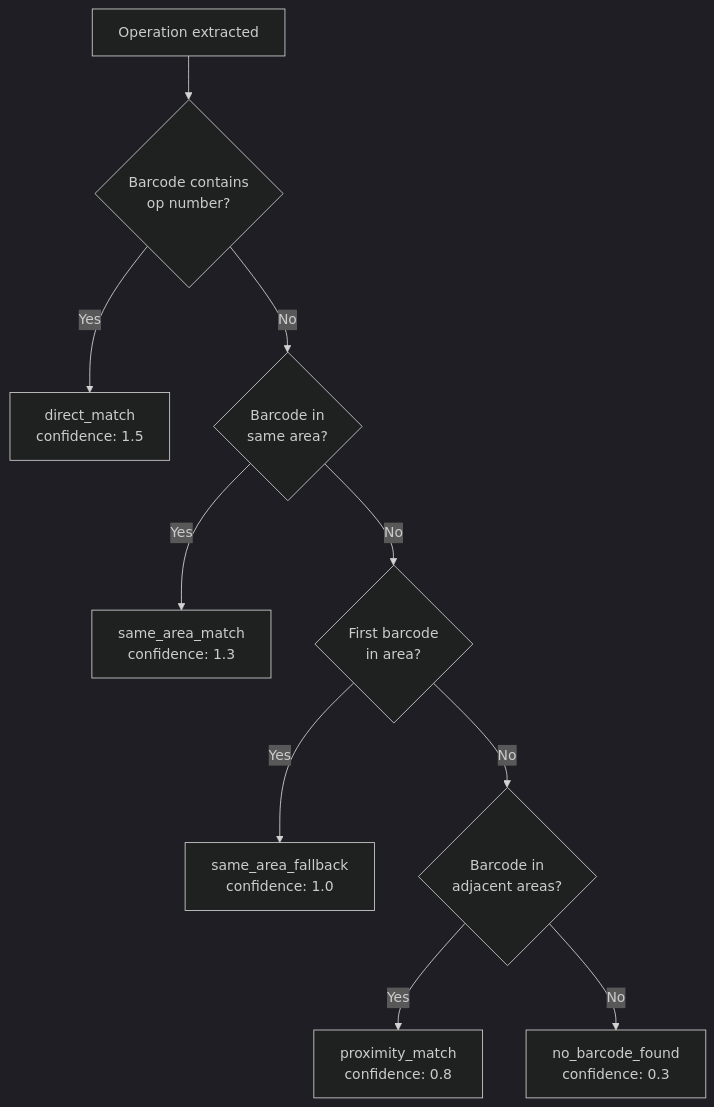
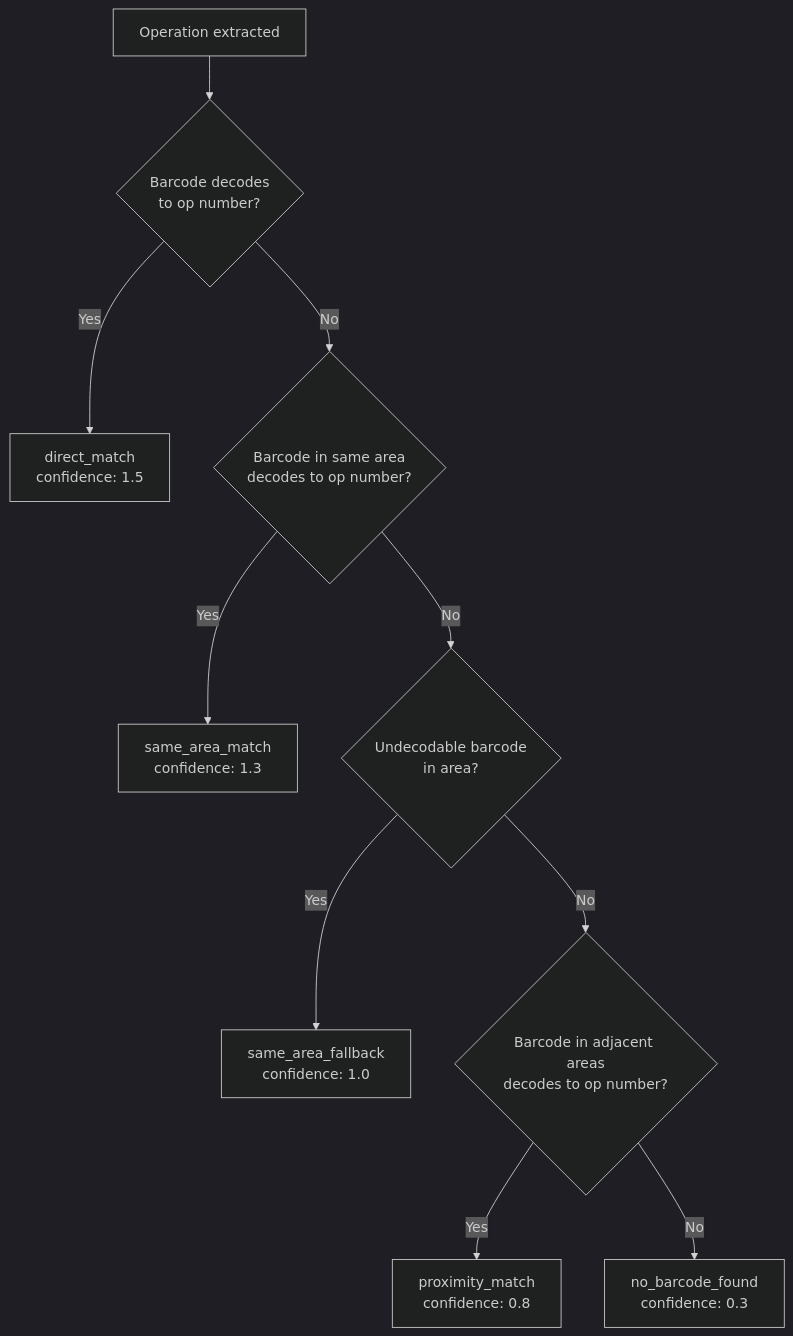
Before and after one commit to COGNIMANEU/pilot03-service-job-card-extractor: the second of 2 diagrams in docs/architecture.md, drawn with Mermaid (dark theme). The commit also changed other lines of this file and 6 other files, not shown here.

````diff
--- a/docs/architecture.md
+++ b/docs/architecture.md
@@ -115,12 +115,12 @@
 ```mermaid
 flowchart TD
-    A[Operation extracted] --> B{Barcode contains<br/>op number?}
+    A[Operation extracted] --> B{Barcode decodes<br/>to op number?}
     B -- Yes --> C[direct_match<br/>confidence: 1.5]
-    B -- No --> D{Barcode in<br/>same area?}
+    B -- No --> D{Barcode in same area<br/>decodes to op number?}
     D -- Yes --> E[same_area_match<br/>confidence: 1.3]
-    D -- No --> F{First barcode<br/>in area?}
+    D -- No --> F{Undecodable barcode<br/>in area?}
     F -- Yes --> G[same_area_fallback<br/>confidence: 1.0]
-    F -- No --> H{Barcode in<br/>adjacent areas?}
+    F -- No --> H{Barcode in adjacent areas<br/>decodes to op number?}
     H -- Yes --> I[proximity_match<br/>confidence: 0.8]
     H -- No --> J[no_barcode_found<br/>confidence: 0.3]
 ```
````
